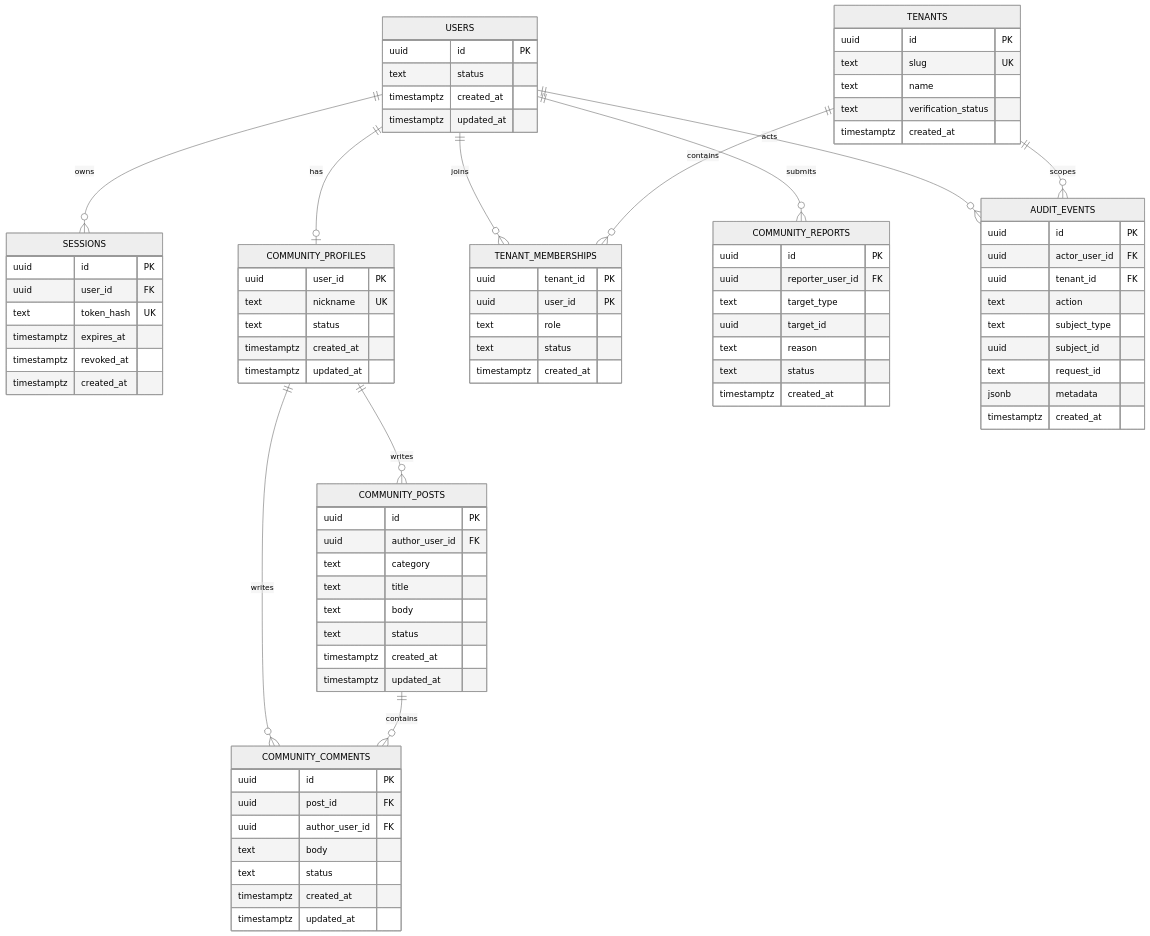
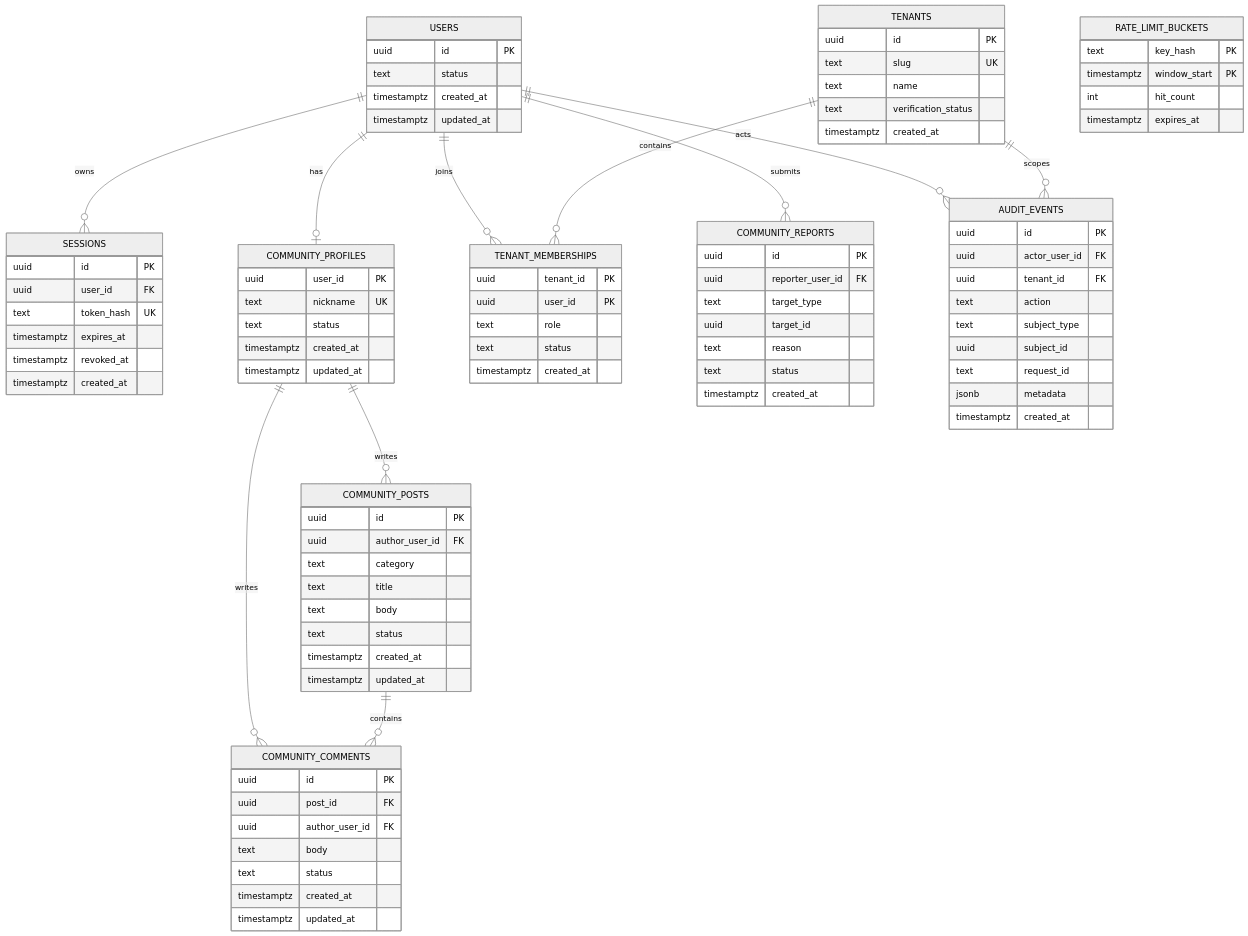
One commit to Dazzlar199/enter-AX changed the second of 2 diagrams in docs/superpowers/specs/2026-09-18-community-enterprise-backend-foundation-design.md. Above: the diagram before and after it, drawn with Mermaid (neutral theme). The commit also changed other lines of this file and 1 other file, not shown here.

Commit message:
docs: plan backend foundation implementation

````diff
--- a/docs/superpowers/specs/2026-09-18-community-enterprise-backend-foundation-design.md
+++ b/docs/superpowers/specs/2026-09-18-community-enterprise-backend-foundation-design.md
@@ -229,4 +229,11 @@
         jsonb metadata
         timestamptz created_at
     }
+
+    RATE_LIMIT_BUCKETS {
+        text key_hash PK
+        timestamptz window_start PK
+        int hit_count
+        timestamptz expires_at
+    }
 ```
````
